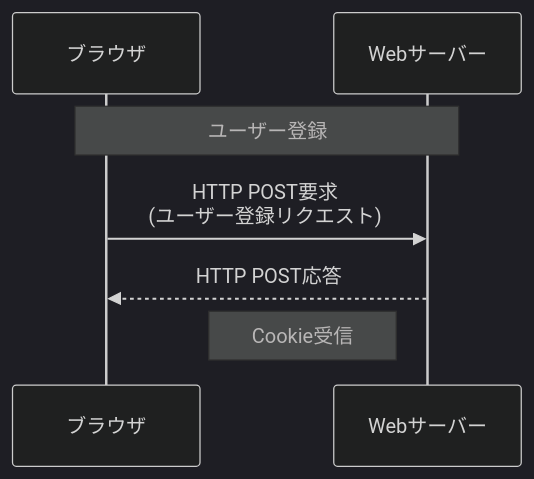
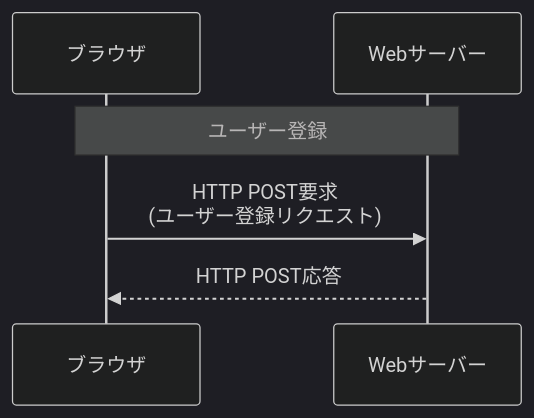
One commit to airi-i-1998/house-account-book changed the diagram in document/sequence/1_signup.md. Above: the diagram before and after it, drawn with Mermaid (dark theme). The commit also changed 6 other files, not shown here.

`````diff
--- a/document/sequence/1_signup.md
+++ b/document/sequence/1_signup.md
@@ -1,10 +1,9 @@
 ```mermaid
 sequenceDiagram
 participant A as ブラウザ
 participant B as Webサーバー
 Note over A, B: ユーザー登録
 A->>B: HTTP POST要求<br>(ユーザー登録リクエスト)
 B-->>A: HTTP POST応答
-Note left of B: Cookie受信
 
 ````
`````
